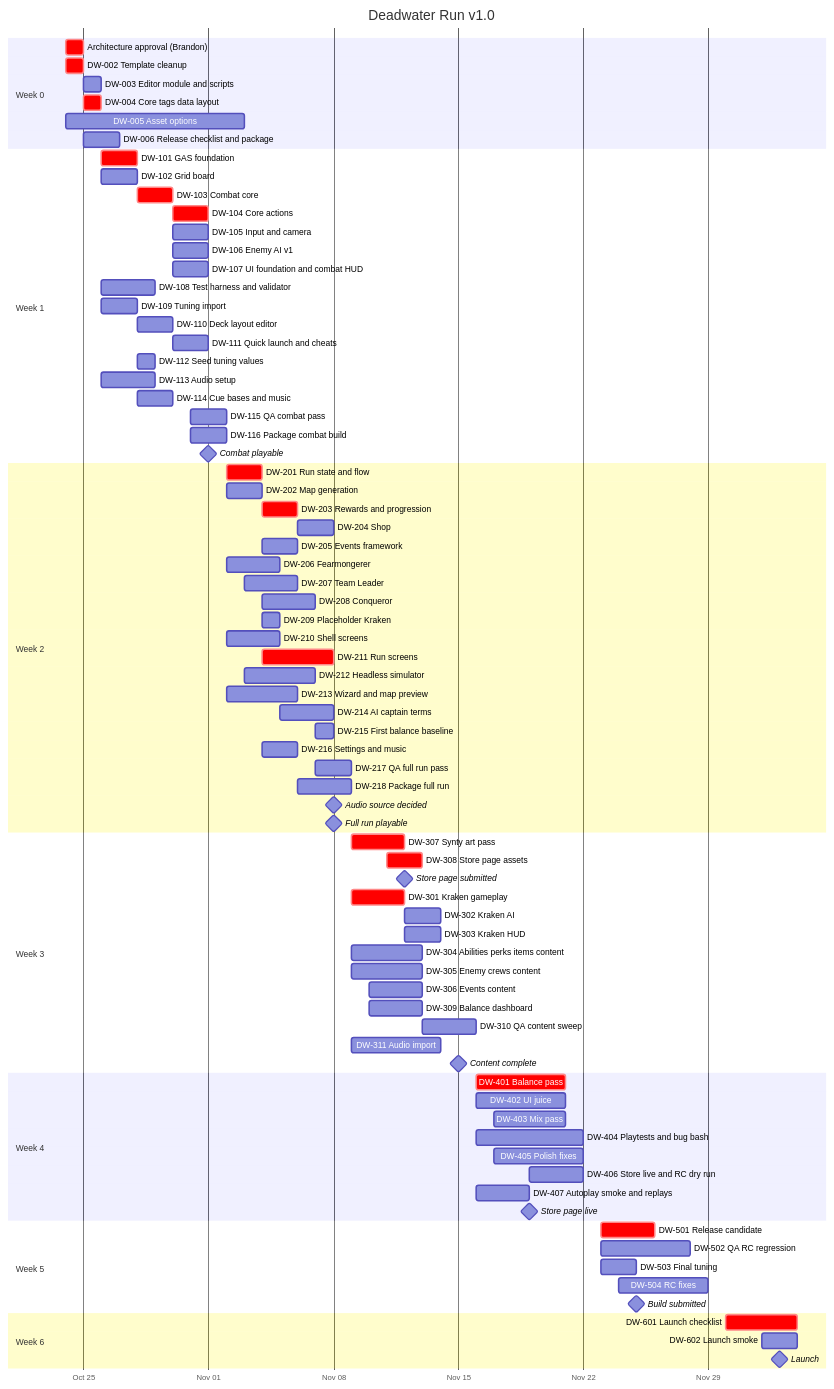
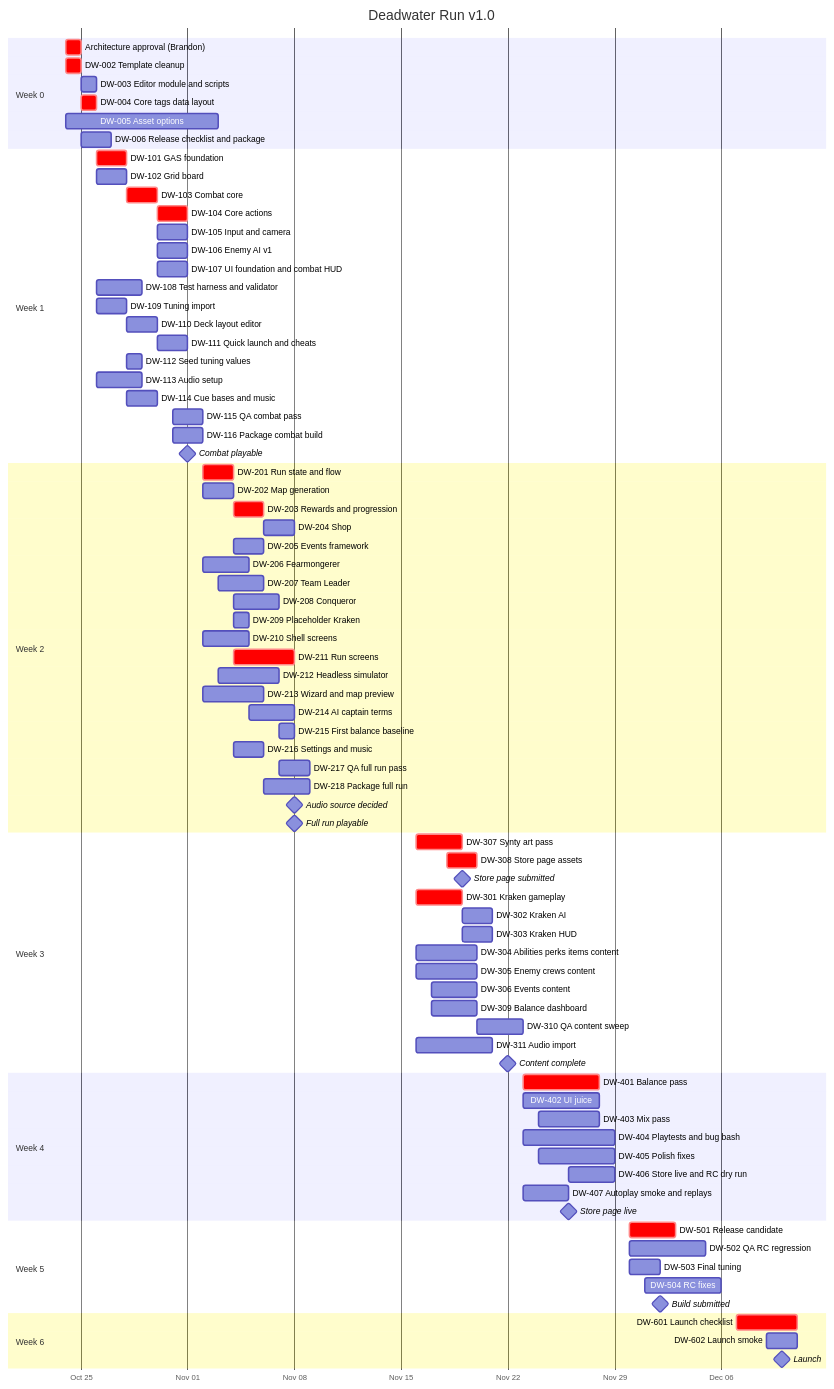
Before and after one commit to bhillig/deadwater-run: the first of 2 diagrams in Docs/Architecture/Roadmap.md, drawn with Mermaid. The commit also changed other lines of this file and 7 other files, not shown here.

````diff
--- a/Docs/Architecture/Roadmap.md
+++ b/Docs/Architecture/Roadmap.md
@@ -62,39 +62,39 @@
     Full run playable                      :milestone, m2, 2026-11-08, 0d
 
     section Week 3
-    DW-307 Synty art pass                  :crit, w307, 2026-11-09, 3d
-    DW-308 Store page assets               :crit, w308, 2026-11-11, 2d
-    Store page submitted                   :milestone, m3a, 2026-11-12, 0d
-    DW-301 Kraken gameplay                 :crit, w301, 2026-11-09, 3d
+    DW-307 Synty art pass                  :crit, w307, 2026-11-16, 3d
+    DW-308 Store page assets               :crit, w308, 2026-11-18, 2d
+    Store page submitted                   :milestone, m3a, 2026-11-19, 0d
+    DW-301 Kraken gameplay                 :crit, w301, 2026-11-16, 3d
     DW-302 Kraken AI                       :w302, after w301, 2d
     DW-303 Kraken HUD                      :w303, after w301, 2d
-    DW-304 Abilities perks items content   :w304, 2026-11-09, 4d
-    DW-305 Enemy crews content             :w305, 2026-11-09, 4d
-    DW-306 Events content                  :w306, 2026-11-10, 3d
-    DW-309 Balance dashboard               :w309, 2026-11-10, 3d
-    DW-310 QA content sweep                :w310, 2026-11-13, 3d
-    DW-311 Audio import                    :w311, 2026-11-09, 5d
-    Content complete                       :milestone, m3, 2026-11-15, 0d
+    DW-304 Abilities perks items content   :w304, 2026-11-16, 4d
+    DW-305 Enemy crews content             :w305, 2026-11-16, 4d
+    DW-306 Events content                  :w306, 2026-11-17, 3d
+    DW-309 Balance dashboard               :w309, 2026-11-17, 3d
+    DW-310 QA content sweep                :w310, 2026-11-20, 3d
+    DW-311 Audio import                    :w311, 2026-11-16, 5d
+    Content complete                       :milestone, m3, 2026-11-22, 0d
 
     section Week 4
-    DW-401 Balance pass                    :crit, w401, 2026-11-16, 5d
-    DW-402 UI juice                        :w402, 2026-11-16, 5d
-    DW-403 Mix pass                        :w403, 2026-11-17, 4d
-    DW-404 Playtests and bug bash          :w404, 2026-11-16, 6d
-    DW-405 Polish fixes                    :w405, 2026-11-17, 5d
-    DW-406 Store live and RC dry run       :w406, 2026-11-19, 3d
-    DW-407 Autoplay smoke and replays      :w407, 2026-11-16, 3d
-    Store page live                        :milestone, m4, 2026-11-19, 0d
+    DW-401 Balance pass                    :crit, w401, 2026-11-23, 5d
+    DW-402 UI juice                        :w402, 2026-11-23, 5d
+    DW-403 Mix pass                        :w403, 2026-11-24, 4d
+    DW-404 Playtests and bug bash          :w404, 2026-11-23, 6d
+    DW-405 Polish fixes                    :w405, 2026-11-24, 5d
+    DW-406 Store live and RC dry run       :w406, 2026-11-26, 3d
+    DW-407 Autoplay smoke and replays      :w407, 2026-11-23, 3d
+    Store page live                        :milestone, m4, 2026-11-26, 0d
 
     section Week 5
-    DW-501 Release candidate               :crit, w501, 2026-11-23, 3d
-    DW-502 QA RC regression                :w502, 2026-11-23, 5d
-    DW-503 Final tuning                    :w503, 2026-11-23, 2d
-    DW-504 RC fixes                        :w504, 2026-11-24, 5d
-    Build submitted                        :milestone, m5, 2026-11-25, 0d
+    DW-501 Release candidate               :crit, w501, 2026-11-30, 3d
+    DW-502 QA RC regression                :w502, 2026-11-30, 5d
+    DW-503 Final tuning                    :w503, 2026-11-30, 2d
+    DW-504 RC fixes                        :w504, 2026-12-01, 5d
+    Build submitted                        :milestone, m5, 2026-12-02, 0d
 
     section Week 6
-    DW-601 Launch checklist                :crit, w601, 2026-11-30, 4d
-    DW-602 Launch smoke                    :w602, 2026-12-02, 2d
-    Launch                                 :milestone, m6, 2026-12-03, 0d
+    DW-601 Launch checklist                :crit, w601, 2026-12-07, 4d
+    DW-602 Launch smoke                    :w602, 2026-12-09, 2d
+    Launch                                 :milestone, m6, 2026-12-10, 0d
 ```
````
